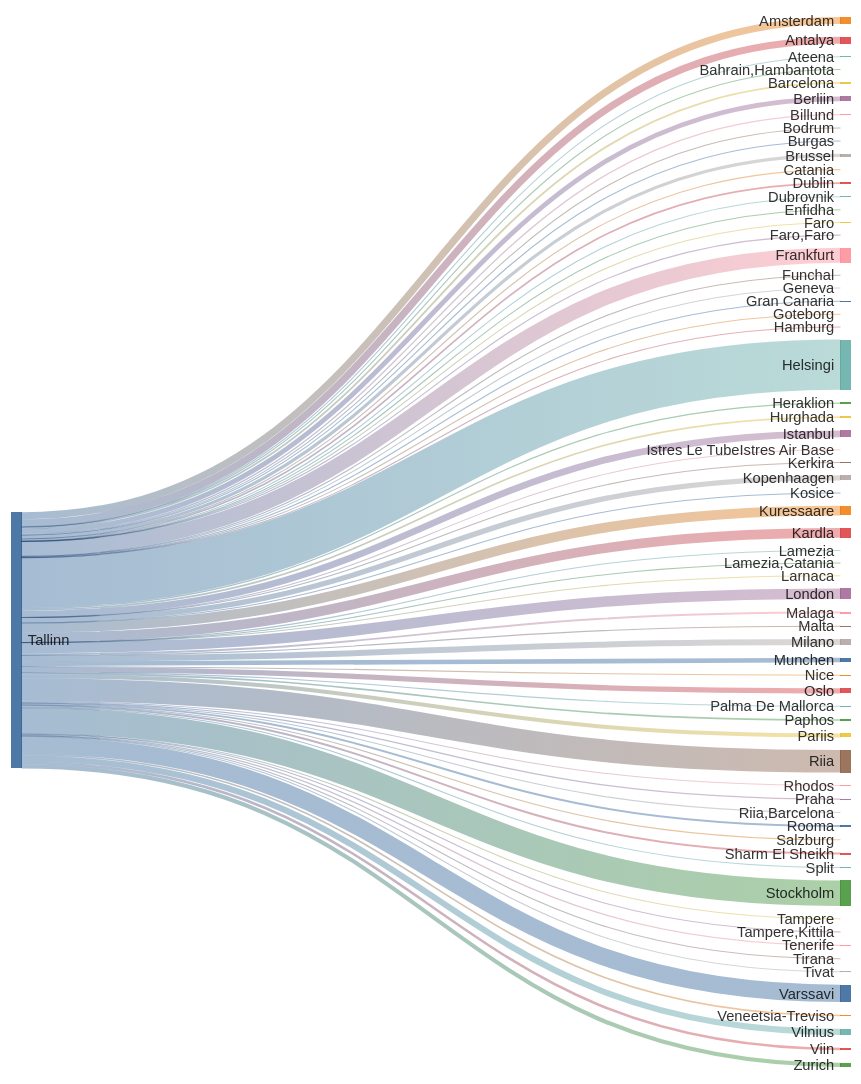
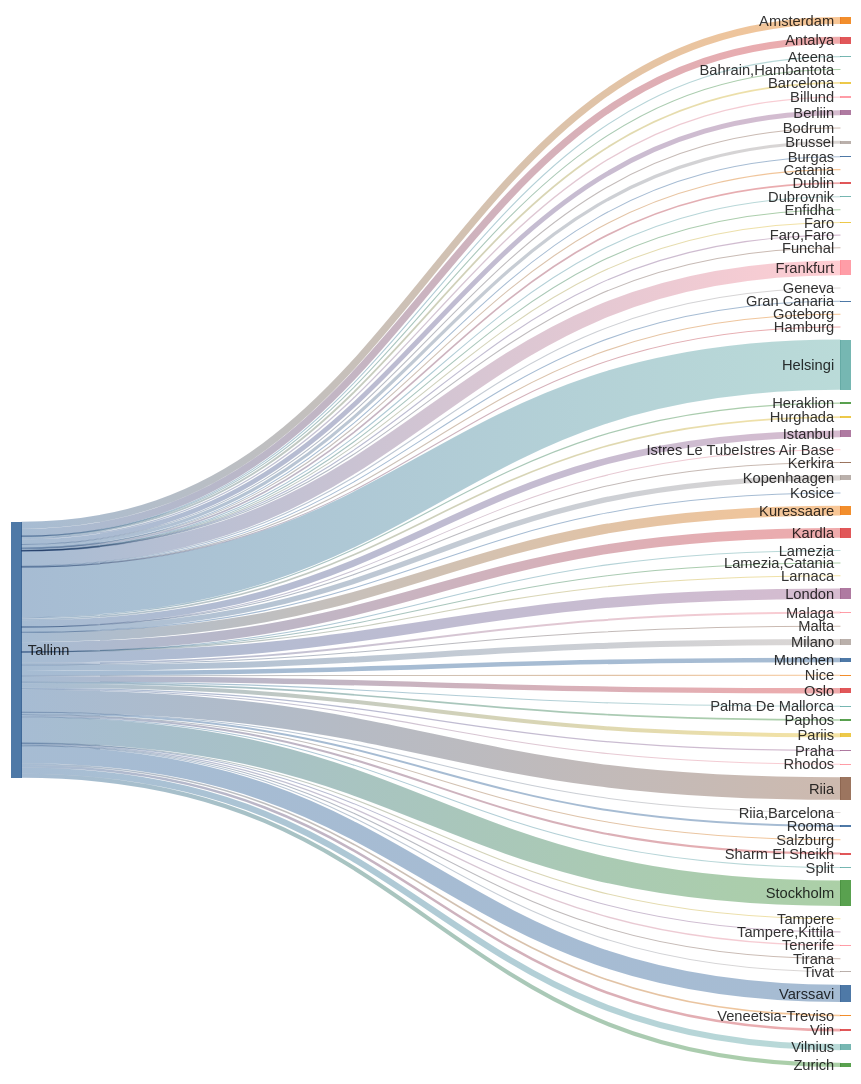
The second of 2 diagrams in README.md (rainermesi/tll-airport-departures), drawn with Mermaid before and after one commit. The commit also changed other lines of this file, not shown here.

````diff
--- a/README.md
+++ b/README.md
@@ -34,77 +34,77 @@
 ```mermaid
 ---
 config:
   sankey:
     showValues: false
     width: 800
     height: 1000
 ---
 sankey-beta
 %% source,target,value
-Tallinn,Amsterdam,272
+Tallinn,Amsterdam,273
 Tallinn,Antalya,275
 Tallinn,Ateena,16
 Tallinn,"Bahrain,Hambantota",1
-Tallinn,Barcelona,68
-Tallinn,Berliin,185
+Tallinn,Barcelona,69
+Tallinn,Berliin,187
 Tallinn,Billund,49
 Tallinn,Bodrum,11
-Tallinn,Brussel,122
+Tallinn,Brussel,123
 Tallinn,Burgas,21
 Tallinn,Catania,2
 Tallinn,Dublin,63
 Tallinn,Dubrovnik,21
 Tallinn,Enfidha,7
 Tallinn,Faro,4
 Tallinn,"Faro,Faro",1
-Tallinn,Frankfurt,569
+Tallinn,Frankfurt,572
 Tallinn,Funchal,5
 Tallinn,Geneva,11
-Tallinn,Gran Canaria,33
+Tallinn,Gran Canaria,34
 Tallinn,Goteborg,1
 Tallinn,Hamburg,1
-Tallinn,Helsingi,1924
+Tallinn,Helsingi,1933
 Tallinn,Heraklion,46
 Tallinn,Hurghada,64
-Tallinn,Istanbul,256
+Tallinn,Istanbul,258
 Tallinn,Istres Le TubeIstres Air Base,2
 Tallinn,Kerkira,4
-Tallinn,Kopenhaagen,203
+Tallinn,Kopenhaagen,204
 Tallinn,Kosice,1
-Tallinn,Kuressaare,374
-Tallinn,Kardla,374
+Tallinn,Kuressaare,375
+Tallinn,Kardla,375
 Tallinn,Lamezia,1
 Tallinn,"Lamezia,Catania",3
 Tallinn,Larnaca,4
-Tallinn,London,403
+Tallinn,London,405
 Tallinn,Malaga,75
 Tallinn,Malta,15
-Tallinn,Milano,229
+Tallinn,Milano,230
 Tallinn,Munchen,177
 Tallinn,Nice,25
-Tallinn,Oslo,204
+Tallinn,Oslo,206
 Tallinn,Palma De Mallorca,19
 Tallinn,Paphos,61
-Tallinn,Pariis,153
+Tallinn,Pariis,154
 Tallinn,Praha,49
 Tallinn,Rhodos,32
-Tallinn,Riia,864
+Tallinn,Riia,868
 Tallinn,"Riia,Barcelona",1
-Tallinn,Rooma,75
+Tallinn,Rooma,76
 Tallinn,Salzburg,12
-Tallinn,Sharm El Sheikh,77
+Tallinn,Sharm El Sheikh,79
 Tallinn,Split,25
-Tallinn,Stockholm,978
+Tallinn,Stockholm,983
 Tallinn,Tampere,17
 Tallinn,"Tampere,Kittila",17
 Tallinn,Tenerife,51
 Tallinn,Tirana,8
 Tallinn,Tivat,26
-Tallinn,Varssavi,664
-Tallinn,Veneetsia-Treviso,62
+Tallinn,Varssavi,667
+Tallinn,Veneetsia-Treviso,63
 Tallinn,Viin,99
-Tallinn,Vilnius,236
-Tallinn,Zurich,158
+Tallinn,Vilnius,237
+Tallinn,Zurich,159
 
 
 ```
````
